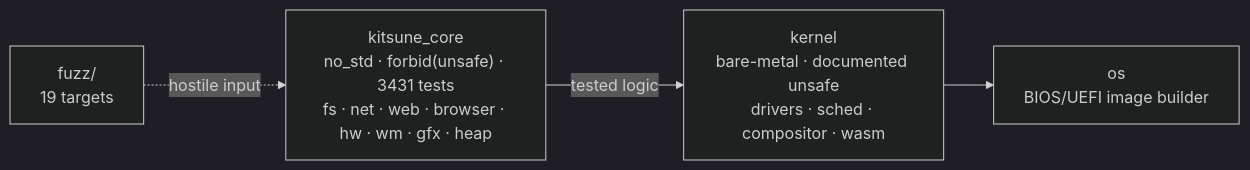
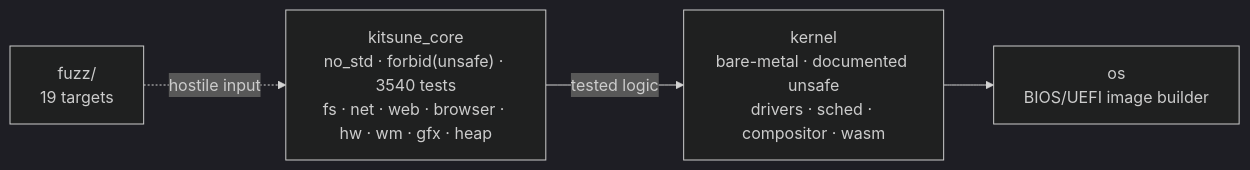
Before and after one commit to Jeffinp/Kitsune: the diagram in README.en.md, drawn with Mermaid (dark theme). The commit also changed other lines of this file and 5 other files, not shown here.

First line of the commit message:
Docs: revisao do USB (contagens, ROADMAP, CLAUDE.md) e correcoes no CHANGELOG

````diff
--- a/README.en.md
+++ b/README.en.md
@@ -147,9 +147,9 @@
 ```mermaid
 flowchart LR
-    CORE["kitsune_core<br/>no_std · forbid(unsafe) · 3431 tests<br/>fs · net · web · browser · hw · wm · gfx · heap"]
+    CORE["kitsune_core<br/>no_std · forbid(unsafe) · 3540 tests<br/>fs · net · web · browser · hw · wm · gfx · heap"]
     KERNEL["kernel<br/>bare-metal · documented unsafe<br/>drivers · sched · compositor · wasm"]
     OS["os<br/>BIOS/UEFI image builder"]
     FUZZ["fuzz/<br/>19 targets"]
     CORE -->|tested logic| KERNEL --> OS
     FUZZ -.->|hostile input| CORE
 ```
````
